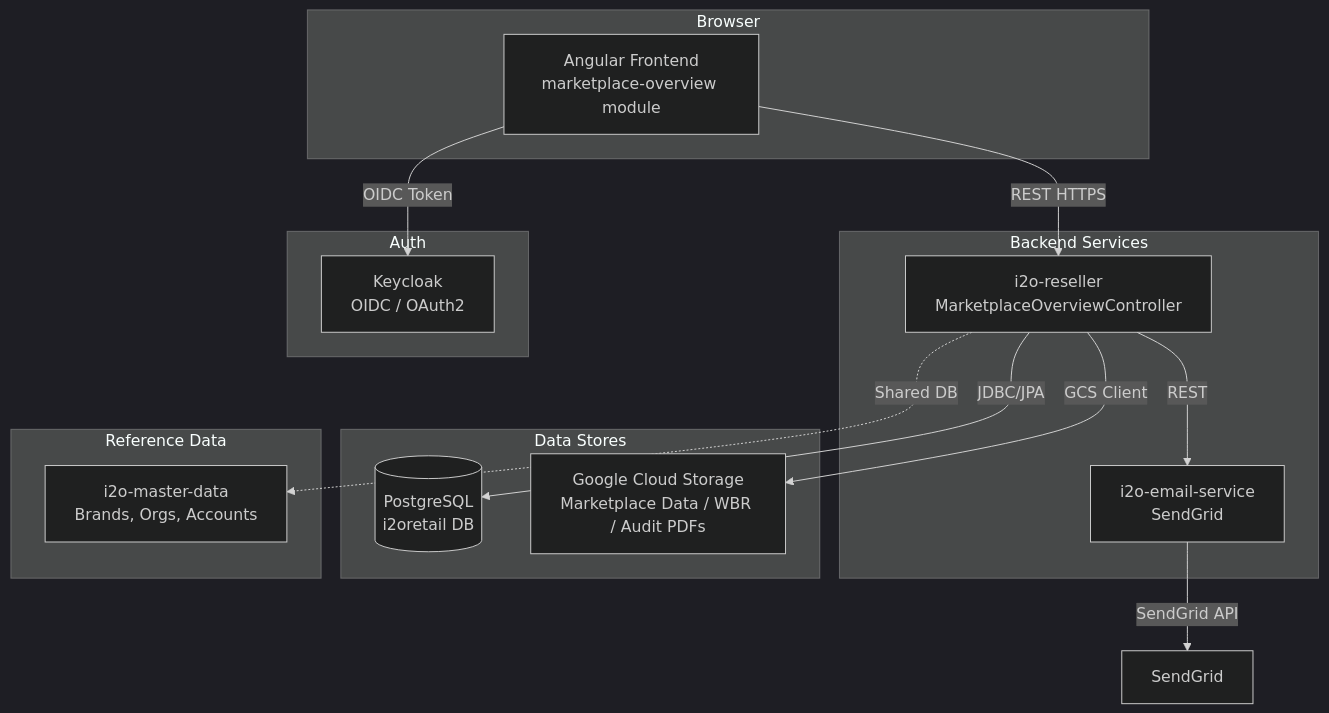
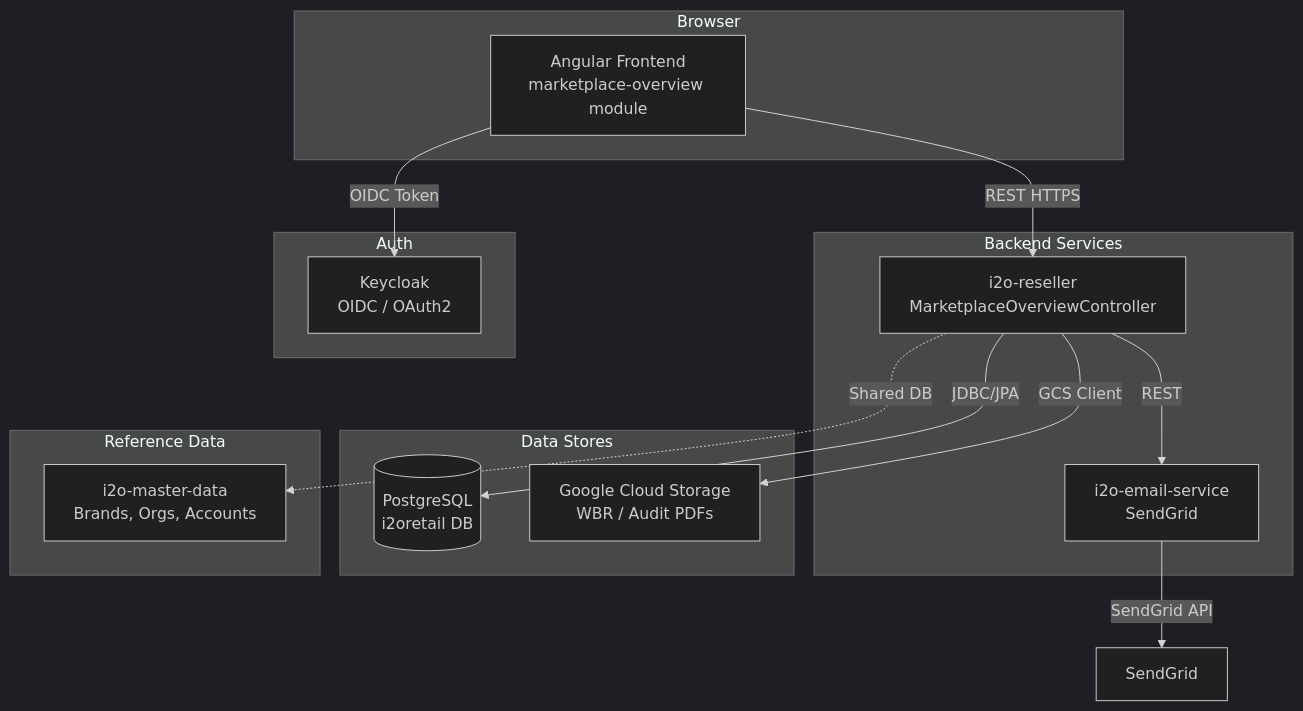
Before and after one commit to sandeep-i2o/i2o-project-ai-docs: the diagram in projects/marketplace-overview/release_9/docs/design/architecture.md, drawn with Mermaid (dark theme). The commit also changed other lines of this file and 2 other files, not shown here.

Commit message:
Updated architecture;

````diff
--- a/projects/marketplace-overview/release_9/docs/design/architecture.md
+++ b/projects/marketplace-overview/release_9/docs/design/architecture.md
@@ -216,32 +224,32 @@
 ```mermaid
 graph TB
     subgraph Browser
         FE[Angular Frontend<br/>marketplace-overview module]
     end
 
     subgraph "Backend Services"
         RES[i2o-reseller<br/>MarketplaceOverviewController]
         EMAIL[i2o-email-service<br/>SendGrid]
     end
 
     subgraph "Data Stores"
         PG[(PostgreSQL<br/>i2oretail DB)]
-        GCS[Google Cloud Storage<br/>Marketplace Data / WBR / Audit PDFs]
+        GCS[Google Cloud Storage<br/>WBR / Audit PDFs]
     end
 
     subgraph "Reference Data"
         MDM[i2o-master-data<br/>Brands, Orgs, Accounts]
     end
 
     subgraph "Auth"
         KC[Keycloak<br/>OIDC / OAuth2]
     end
 
     FE -->|REST HTTPS| RES
     FE -->|OIDC Token| KC
     RES -->|JDBC/JPA| PG
     RES -->|GCS Client| GCS
     RES -->|REST| EMAIL
     RES -.->|Shared DB| MDM
     EMAIL -->|SendGrid API| SG[SendGrid]
 ```
````
